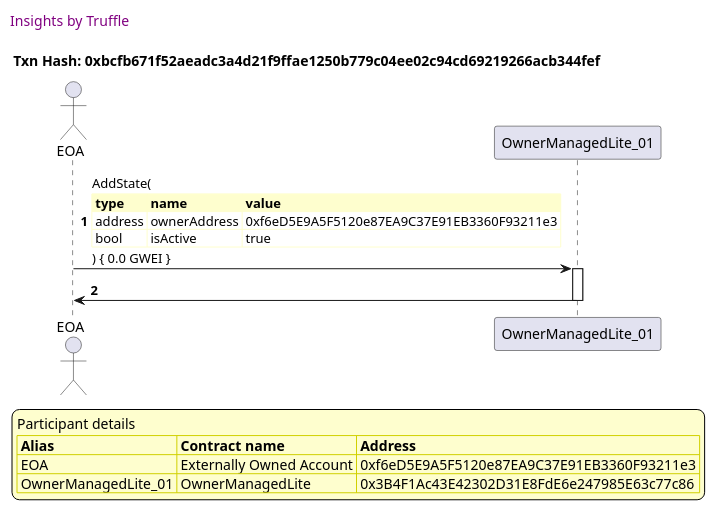
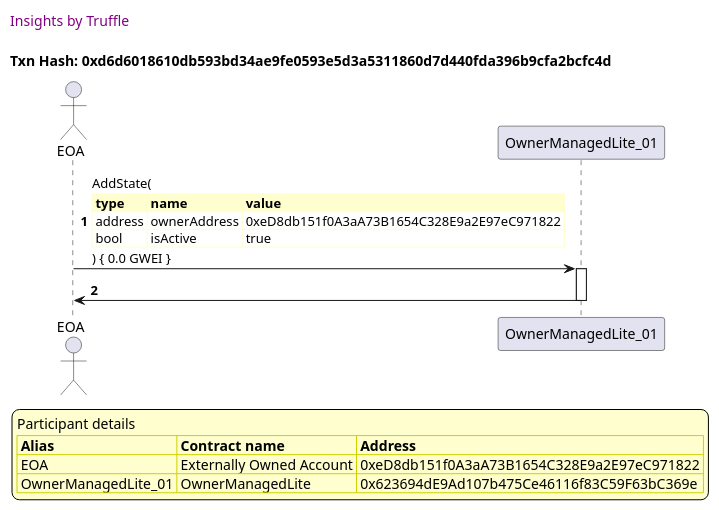
Before and after one commit to thedarkjester/ConsensysAssignment: the second of 15 diagrams in truffle-seq/OwnerManagedLite_test_agree_to_state_change.md, drawn with PlantUML. The commit also changed other lines of this file and 13 other files, not shown here.

````diff
--- a/truffle-seq/OwnerManagedLite_test_agree_to_state_change.md
+++ b/truffle-seq/OwnerManagedLite_test_agree_to_state_change.md
@@ -56,41 +56,41 @@
 ```plantuml
 
 
 @startuml
 
 autonumber
 skinparam legendBackgroundColor #FEFECE
 
 <style>
       header {
         HorizontalAlignment left
         FontColor purple
         FontSize 14
         Padding 10
       }
     </style>
 
 header Insights by Truffle
 
-title Txn Hash: 0xbcfb671f52aeadc3a4d21f9ffae1250b779c04ee02c94cd69219266acb344fef
+title Txn Hash: 0xd6d6018610db593bd34ae9fe0593e5d3a5311860d7d440fda396b9cfa2bcfc4d
 
 
 actor EOA as "EOA"
 participant OwnerManagedLite_01 as "OwnerManagedLite_01"
 
 "EOA" -> "OwnerManagedLite_01" ++: AddState(\n\
 <#FEFECE,#FEFECE>|= type |= name |= value |\n\
-| address | ownerAddress | 0xf6eD5E9A5F5120e87EA9C37E91EB3360F93211e3 |\n\
+| address | ownerAddress | 0xeD8db151f0A3aA73B1654C328E9a2E97eC971822 |\n\
 | bool | isActive | true |\n\
 ) { 0.0 GWEI }
 "OwnerManagedLite_01" -> "EOA" --: 
 
 legend
 Participant details
 <#FEFECE,#D0D000>|= Alias |= Contract name |= Address |
-<#FEFECE>| EOA | Externally Owned Account | 0xf6eD5E9A5F5120e87EA9C37E91EB3360F93211e3 |
-<#FEFECE>| OwnerManagedLite_01 | OwnerManagedLite | 0x3B4F1Ac43E42302D31E8FdE6e247985E63c77c86 |
+<#FEFECE>| EOA | Externally Owned Account | 0xeD8db151f0A3aA73B1654C328E9a2E97eC971822 |
+<#FEFECE>| OwnerManagedLite_01 | OwnerManagedLite | 0x623694dE9Ad107b475Ce46116f83C59F63bC369e |
 endlegend
 
 @enduml
 ```
````
